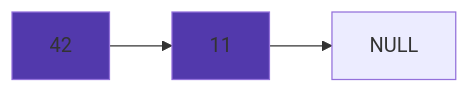
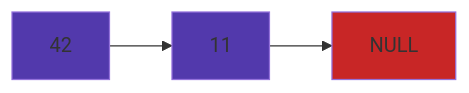
The seventh of 24 diagrams in linkedlist/single/README.md (aperlini/data-structures), drawn with Mermaid before and after one commit. The commit also changed other lines of this file, not shown here.

````diff
--- a/linkedlist/single/README.md
+++ b/linkedlist/single/README.md
@@ -81,6 +81,7 @@
 ```mermaid
 flowchart LR
 	42:::someclass --> 11
-	11:::someclass --> NULL
+	11:::someclass --> NULL:::found
 	classDef someclass fill:#5239ac;
+	classDef found fill:#c82626;
 ```
````
